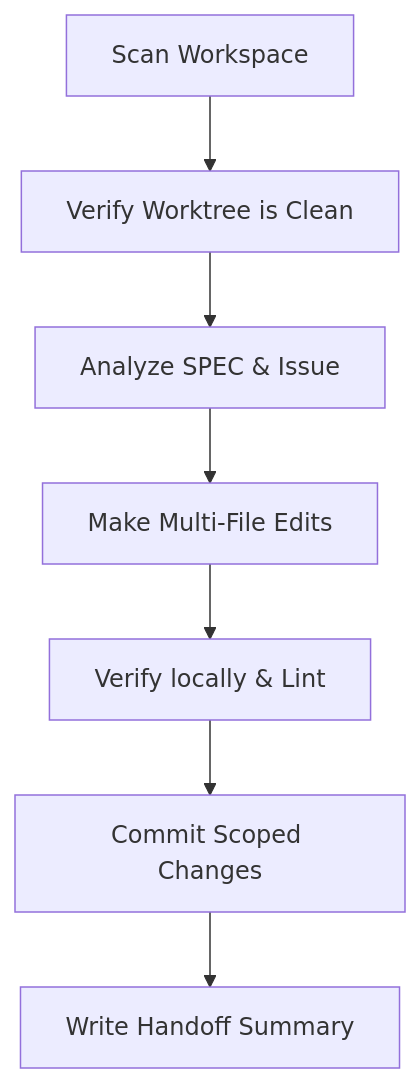
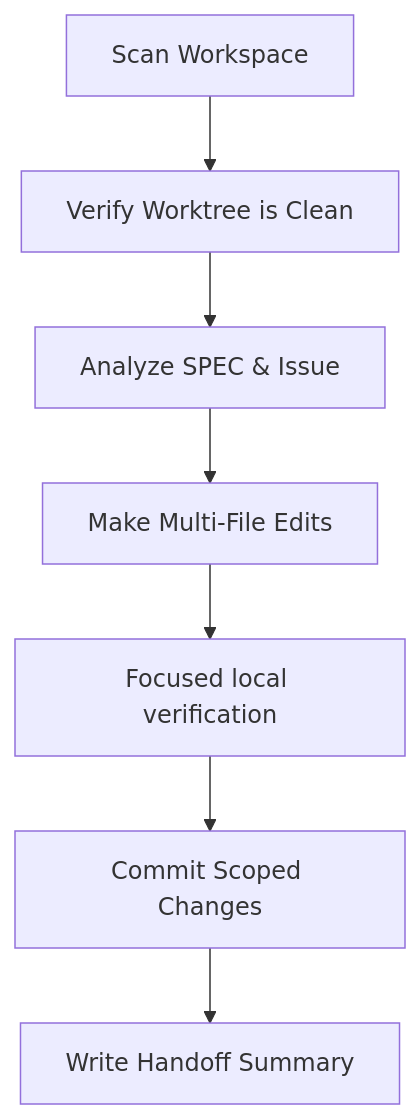
One commit to Nana1873/stardew-i18n-translator changed the diagram in docs/agents/claude-code-workflow.md. Above: the diagram before and after it, drawn with Mermaid. The commit also changed other lines of this file and 5 other files, not shown here.

````diff
--- a/docs/agents/claude-code-workflow.md
+++ b/docs/agents/claude-code-workflow.md
@@ -11,9 +11,9 @@
 ```mermaid
 graph TD
     A[Scan Workspace] --> B[Verify Worktree is Clean]
     B --> C[Analyze SPEC & Issue]
     C --> D[Make Multi-File Edits]
-    D --> E[Verify locally & Lint]
+    D --> E[Focused local verification]
     E --> F[Commit Scoped Changes]
     F --> G[Write Handoff Summary]
 ```
````
